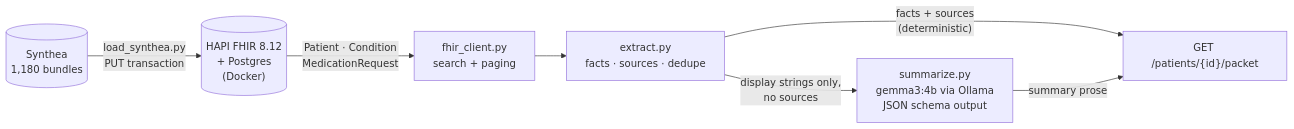
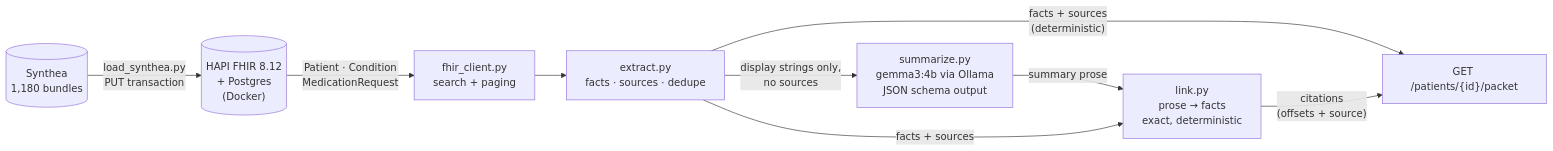
One commit to nromerosoftwareengineer/fhir-clinical-summarize changed the diagram in fhir-clinical-summarize/README.md. Above: the diagram before and after it, drawn with Mermaid. The commit also changed other lines of this file and 15 other files, not shown here.

Commit message:
add citations to key words in summary

````diff
--- a/fhir-clinical-summarize/README.md
+++ b/fhir-clinical-summarize/README.md
@@ -25,16 +25,19 @@
 ```mermaid
 flowchart LR
     S[("Synthea<br/>1,180 bundles")]
     H[("HAPI FHIR 8.12<br/>+ Postgres<br/>(Docker)")]
     C["fhir_client.py<br/>search + paging"]
     E["extract.py<br/>facts · sources · dedupe"]
     L["summarize.py<br/>gemma3:4b via Ollama<br/>JSON schema output"]
+    K["link.py<br/>prose → facts<br/>exact, deterministic"]
     P["GET /patients/{id}/packet"]
 
     S -->|"load_synthea.py<br/>PUT transaction"| H
     H -->|"Patient · Condition<br/>MedicationRequest"| C
     C --> E
     E -->|"facts + sources<br/>(deterministic)"| P
     E -->|"display strings only,<br/>no sources"| L
-    L -->|"summary prose"| P
+    L -->|"summary prose"| K
+    E -->|"facts + sources"| K
+    K -->|"citations<br/>(offsets + source)"| P
 ```
````
